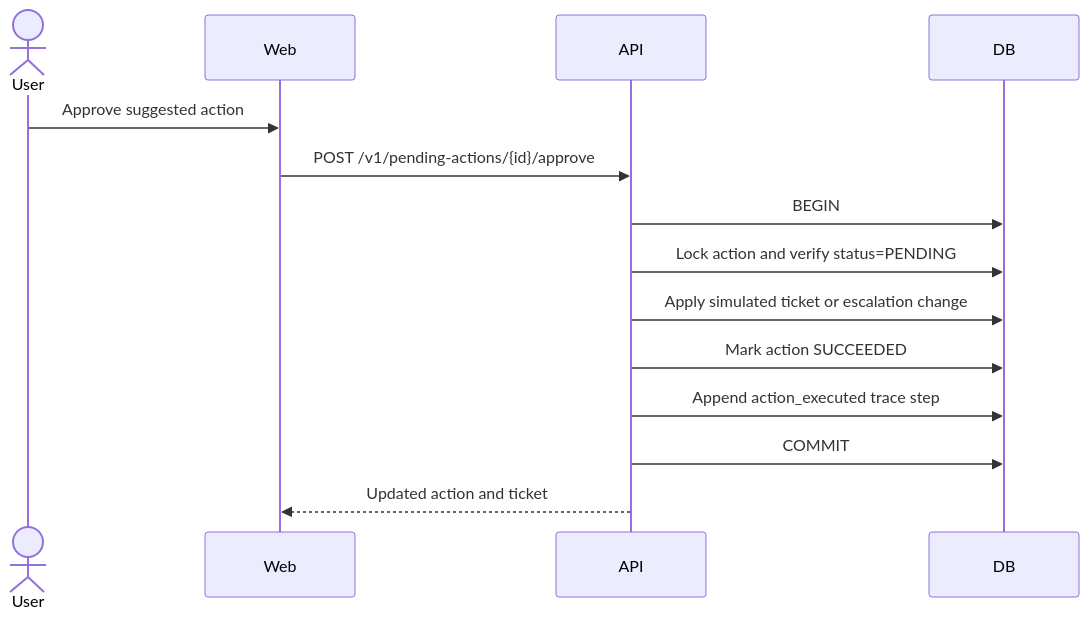
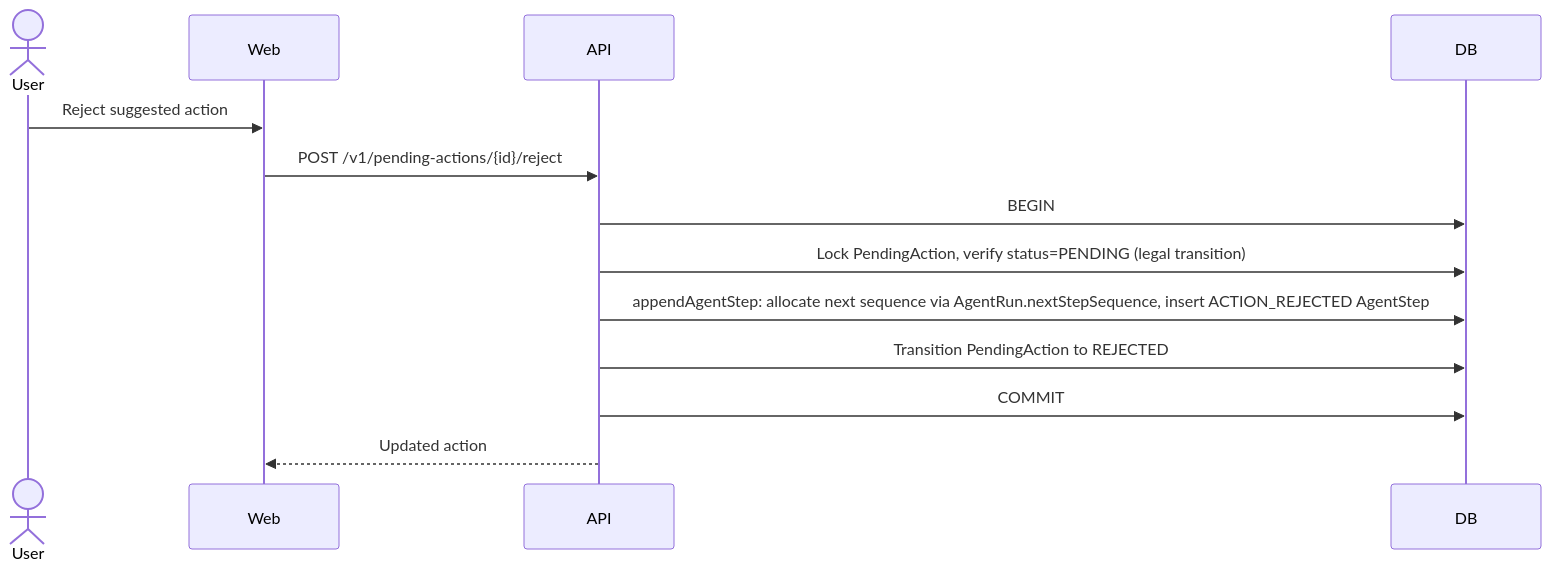
Before and after one commit to wye-ts/opspilot: the fifth of 10 diagrams in docs/03-technical-design.md, drawn with Mermaid. The commit also changed other lines of this file and 4 other files, not shown here.

````diff
--- a/docs/03-technical-design.md
+++ b/docs/03-technical-design.md
@@ -313,17 +333,16 @@
 ```mermaid
 sequenceDiagram
     actor User
     participant Web
     participant API
     participant DB
 
-    User->>Web: Approve suggested action
-    Web->>API: POST /v1/pending-actions/{id}/approve
+    User->>Web: Reject suggested action
+    Web->>API: POST /v1/pending-actions/{id}/reject
     API->>DB: BEGIN
-    API->>DB: Lock action and verify status=PENDING
-    API->>DB: Apply simulated ticket or escalation change
-    API->>DB: Mark action SUCCEEDED
-    API->>DB: Append action_executed trace step
+    API->>DB: Lock PendingAction, verify status=PENDING (legal transition)
+    API->>DB: appendAgentStep: allocate next sequence via AgentRun.nextStepSequence, insert ACTION_REJECTED AgentStep
+    API->>DB: Transition PendingAction to REJECTED
     API->>DB: COMMIT
-    API-->>Web: Updated action and ticket
+    API-->>Web: Updated action
 ```
````
